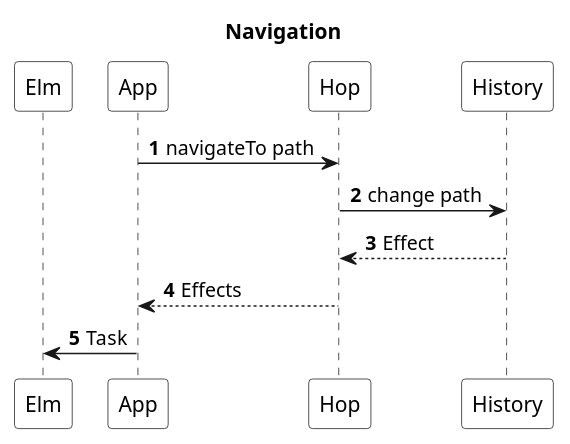
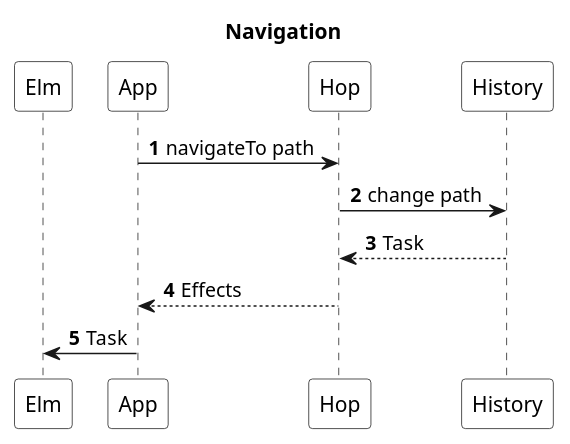
Before and after one commit to sporto/hop: the second of 2 diagrams in assets/flow.pu, drawn with PlantUML. The commit also changed 4 other files, not shown here.

```diff
--- a/assets/flow.pu
+++ b/assets/flow.pu
@@ -14,16 +14,16 @@
 @startuml
 autonumber
 
 title Navigation
 
 participant Elm #white
 participant App #white
 participant Hop #white
 participant History #white
 
 App -> Hop : navigateTo path
 Hop -> History : change path
-History --> Hop : Effect
+History --> Hop : Task
 Hop --> App : Effects
 App -> Elm : Task
 @enduml
```
